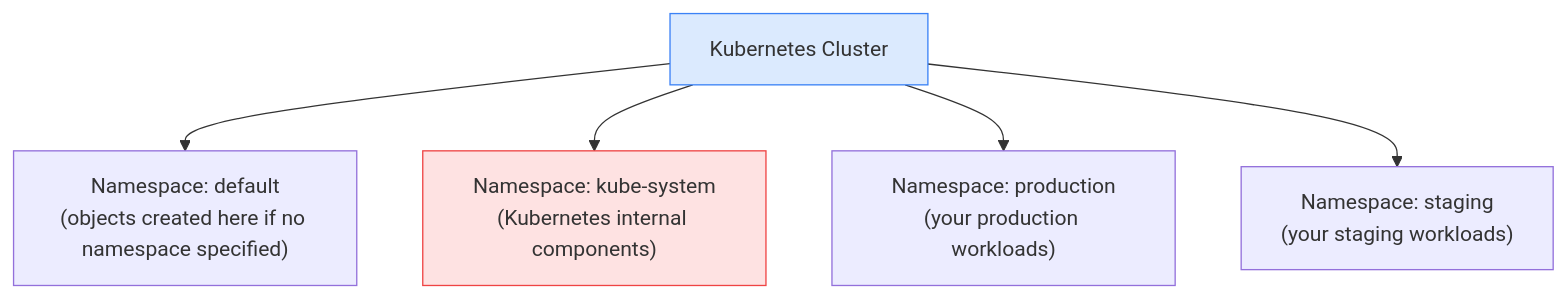
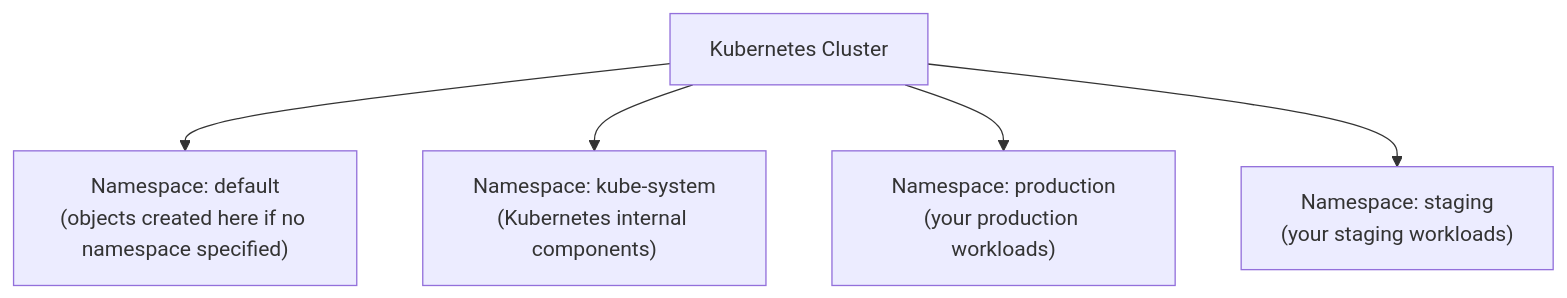
One commit to Gautam4424/k8slearn-content changed the diagram in content/cka/03-core-concepts-pods-services-deployments/35-namespaces/35-namespaces.md. Above: the diagram before and after it, drawn with Mermaid. The commit also changed 40 other files, not shown here.

Commit message:
chore: fix mermaid style regex

````diff
--- a/content/cka/03-core-concepts-pods-services-deployments/35-namespaces/35-namespaces.md
+++ b/content/cka/03-core-concepts-pods-services-deployments/35-namespaces/35-namespaces.md
@@ -21,11 +21,9 @@
 ```mermaid
 graph TD
     CLUSTER["Kubernetes Cluster"]
     NS1["Namespace: default\n(objects created here if no namespace specified)"]
     NS2["Namespace: kube-system\n(Kubernetes internal components)"]
     NS3["Namespace: production\n(your production workloads)"]
     NS4["Namespace: staging\n(your staging workloads)"]
     CLUSTER --> NS1 & NS2 & NS3 & NS4
-    style CLUSTER fill:#dbeafe,stroke:#3b82f6
-    style NS2 fill:#fee2e2,stroke:#ef4444
 ```
````
